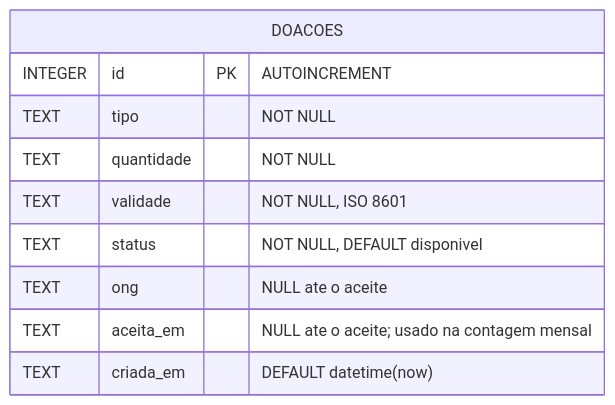
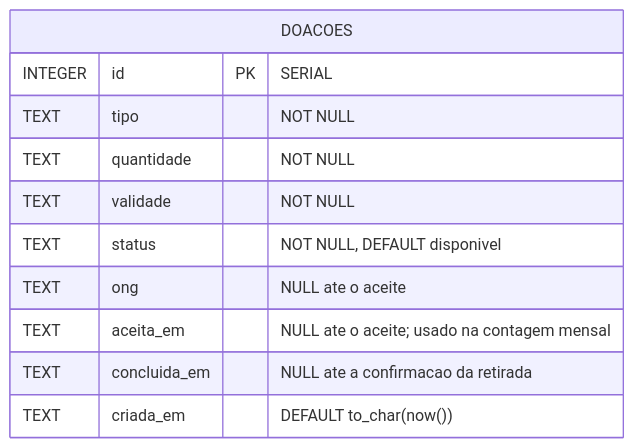
One commit to APD-Agil/g1126-template-prato-cheio changed the first of 3 diagrams in docs/diagramas/dados.md. Above: the diagram before and after it, drawn with Mermaid. The commit also changed other lines of this file and 4 other files, not shown here.

````diff
--- a/docs/diagramas/dados.md
+++ b/docs/diagramas/dados.md
@@ -9,13 +9,14 @@
 ```mermaid
 erDiagram
     DOACOES {
-        INTEGER id PK "AUTOINCREMENT"
+        INTEGER id PK "SERIAL"
         TEXT tipo "NOT NULL"
         TEXT quantidade "NOT NULL"
-        TEXT validade "NOT NULL, ISO 8601"
+        TEXT validade "NOT NULL"
         TEXT status "NOT NULL, DEFAULT disponivel"
         TEXT ong "NULL ate o aceite"
         TEXT aceita_em "NULL ate o aceite; usado na contagem mensal"
-        TEXT criada_em "DEFAULT datetime(now)"
+        TEXT concluida_em "NULL ate a confirmacao da retirada"
+        TEXT criada_em "DEFAULT to_char(now())"
     }
 ```
````
